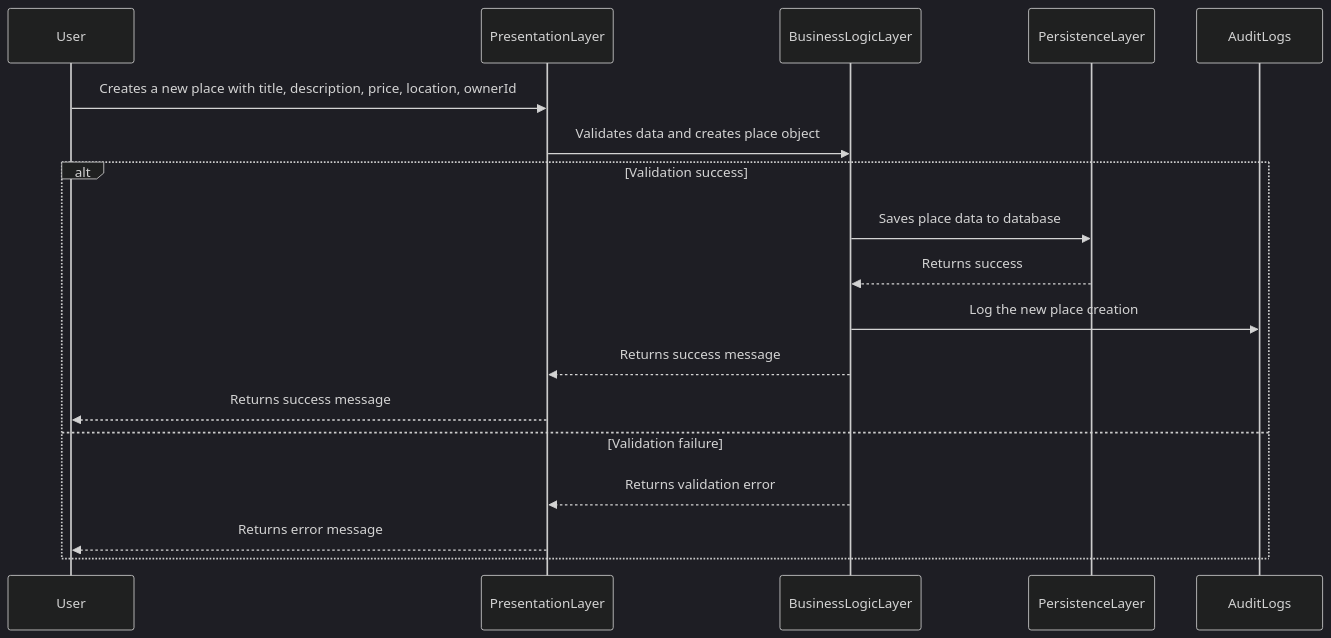
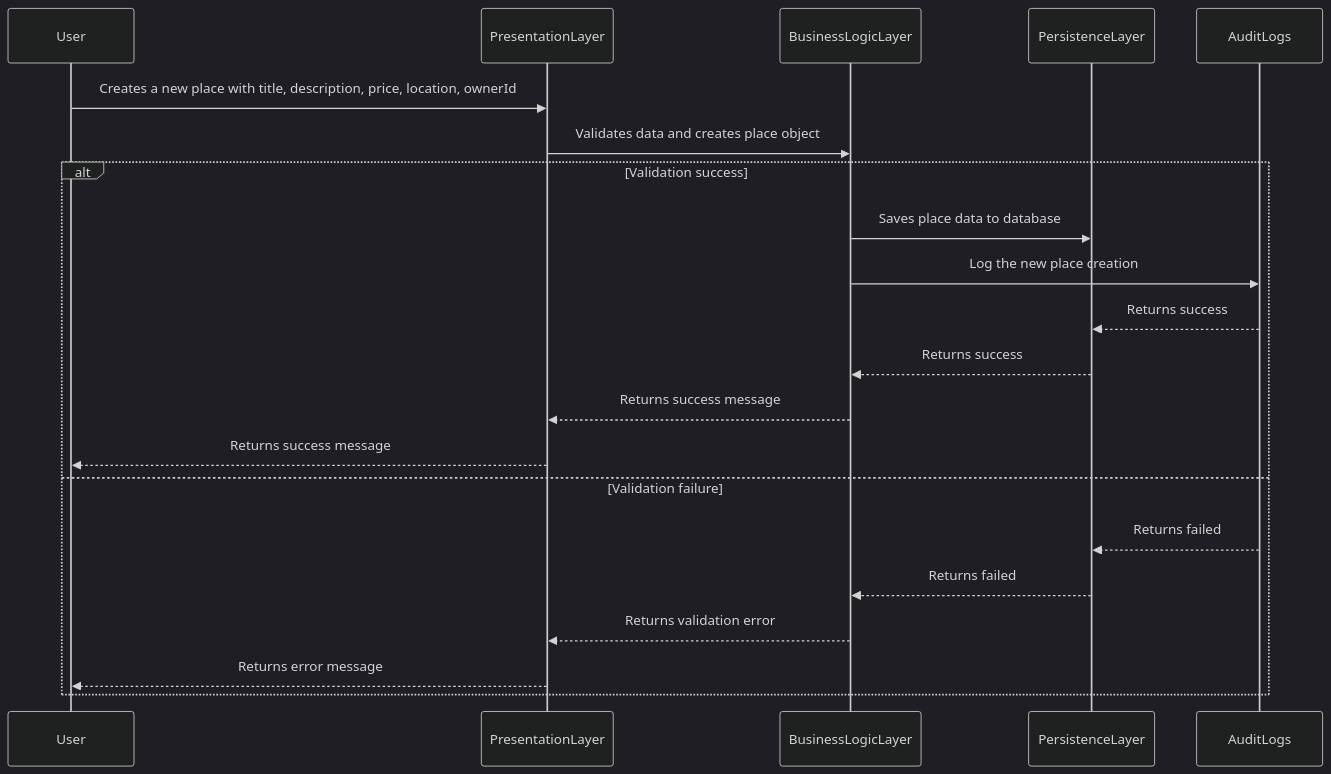
Before and after one commit to Maniok19/holbertonschool-hbnb: the diagram in SequenceDiagramPlaceCreation.mmd, drawn with Mermaid (dark theme).

Commit message:
Enhance sequence diagram for place creation to include detailed audit logging for validation success and failure scenarios

```diff
--- a/SequenceDiagramPlaceCreation.mmd
+++ b/SequenceDiagramPlaceCreation.mmd
@@ -1,19 +1,28 @@
 sequenceDiagram
   participant User
   participant PresentationLayer
   participant BusinessLogicLayer
   participant PersistenceLayer
 
   User->>PresentationLayer: Creates a new place with title, description, price, location, ownerId
   PresentationLayer->>BusinessLogicLayer: Validates data and creates place object
 
   alt Validation success
+
+  
     BusinessLogicLayer->>PersistenceLayer: Saves place data to database
+    BusinessLogicLayer->>AuditLogs: Log the new place creation          
+        AuditLogs-->>PersistenceLayer:Returns success
+  
     PersistenceLayer-->>BusinessLogicLayer: Returns success
-    BusinessLogicLayer->>AuditLogs: Log the new place creation
+
     BusinessLogicLayer-->>PresentationLayer: Returns success message
     PresentationLayer-->>User: Returns success message
+
+
   else Validation failure
+      AuditLogs-->>PersistenceLayer:Returns failed
+          PersistenceLayer-->>BusinessLogicLayer: Returns failed
     BusinessLogicLayer-->>PresentationLayer: Returns validation error
     PresentationLayer-->>User: Returns error message
   end
```
